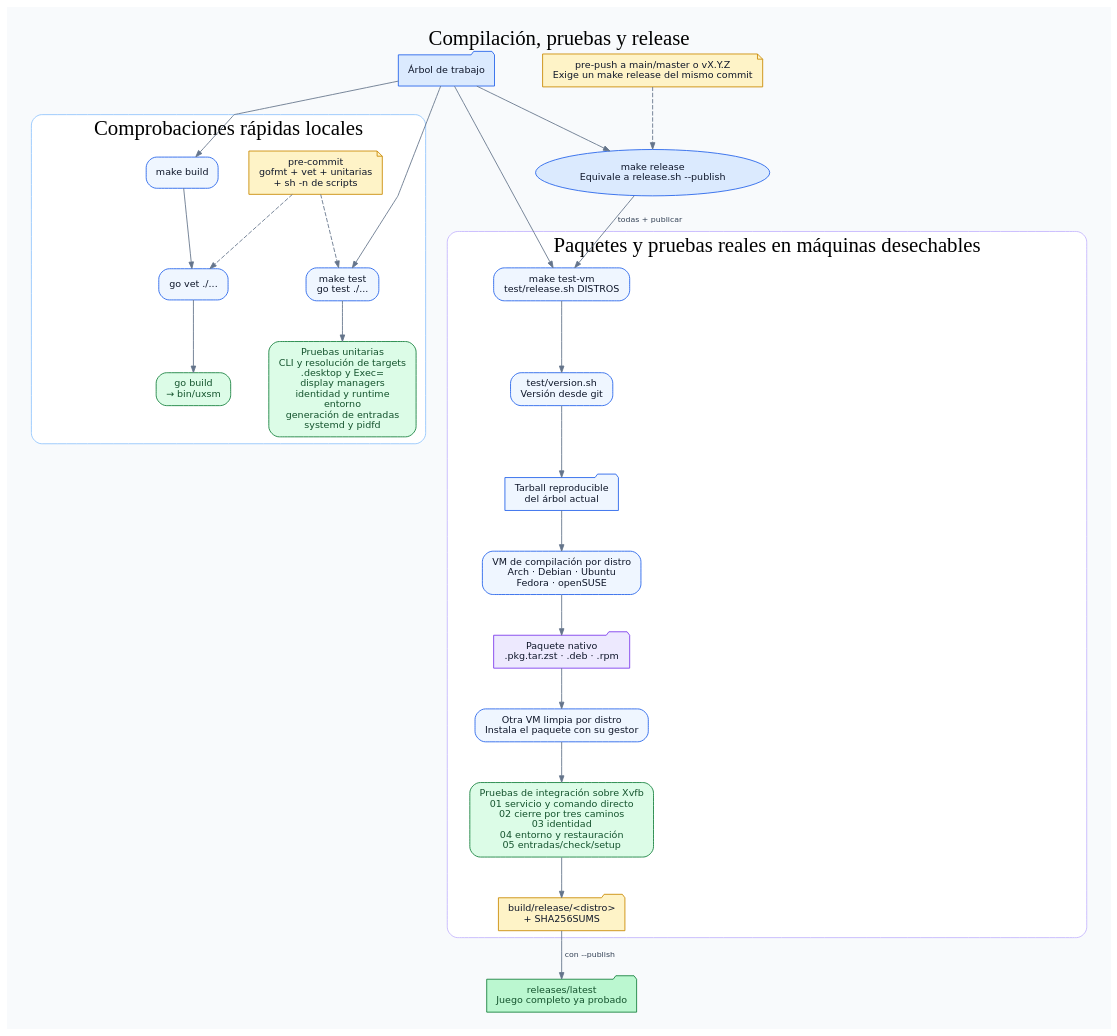
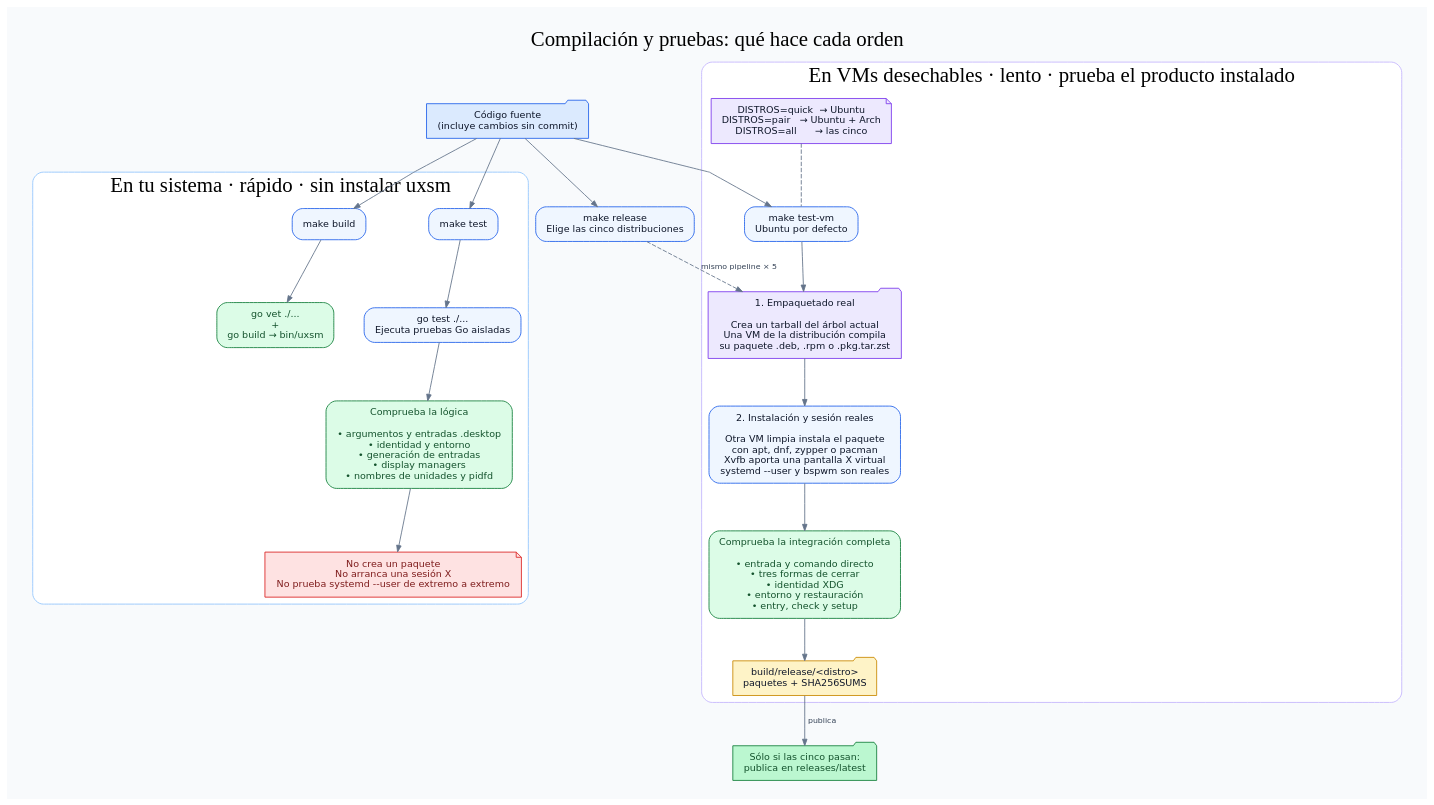
The diagram in docs/flows/build-and-tests.dot (heizeisaburou/uxsm), drawn with Graphviz before and after one commit. The commit also changed 10 other files, not shown here.

First line of the commit message:
Reescribe la documentación de arquitectura y sus diagramas

```diff
--- a/docs/flows/build-and-tests.dot
+++ b/docs/flows/build-and-tests.dot
@@ -1,78 +1,74 @@
 digraph build_tests {
   graph [
-    label="Compilación, pruebas y release",
+    label="Compilación y pruebas: qué hace cada orden",
     labelloc=t,
     fontsize=24,
     fontname="DejaVu Sans Bold",
     bgcolor="#f8fafc",
-    pad=0.28,
+    pad=0.30,
     nodesep=0.48,
-    ranksep=0.62,
+    ranksep=0.66,
     splines=polyline
   ];
   node [shape=box, style="rounded,filled", fontname="DejaVu Sans", fontsize=11,
-        color="#2563eb", fillcolor="#eff6ff", fontcolor="#0f172a", margin="0.15,0.10"];
+        color="#2563eb", fillcolor="#eff6ff", fontcolor="#0f172a", margin="0.16,0.11"];
   edge [fontname="DejaVu Sans", fontsize=9, color="#64748b", fontcolor="#334155", arrowsize=0.75];
 
-  source [shape=folder, fillcolor="#dbeafe", label="Árbol de trabajo"];
+  source [shape=folder, fillcolor="#dbeafe",
+          label="Código fuente\n(incluye cambios sin commit)"];
 
   subgraph cluster_local {
-    label="Comprobaciones rápidas locales";
+    label="En tu sistema · rápido · sin instalar uxsm";
     color="#93c5fd";
     style="rounded,filled";
     fillcolor="#ffffff";
     fontname="DejaVu Sans Bold";
 
+    test [label="make test"];
+    gotest [label="go test ./...\nEjecuta pruebas Go aisladas"];
+    unit_scope [fillcolor="#dcfce7", color="#15803d", fontcolor="#14532d",
+                label="Comprueba la lógica\n\n• argumentos y entradas .desktop\n• identidad y entorno\n• generación de entradas\n• display managers\n• nombres de unidades y pidfd"];
+    unit_limit [shape=note, fillcolor="#fee2e2", color="#dc2626", fontcolor="#7f1d1d",
+                label="No crea un paquete\nNo arranca una sesión X\nNo prueba systemd --user de extremo a extremo"];
+
     build [label="make build"];
-    vet [label="go vet ./..."];
-    gobuild [fillcolor="#dcfce7", color="#15803d", fontcolor="#14532d",
-             label="go build\n→ bin/uxsm"];
-    test [label="make test\ngo test ./..."];
-    units [fillcolor="#dcfce7", color="#15803d", fontcolor="#14532d",
-           label="Pruebas unitarias\nCLI y resolución de targets\n.desktop y Exec=\ndisplay managers\nidentidad y runtime\nentorno\ngeneración de entradas\nsystemd y pidfd"];
-    hook [shape=note, fillcolor="#fef3c7", color="#ca8a04",
-          label="pre-commit\ngofmt + vet + unitarias\n+ sh -n de scripts"];
+    compile [fillcolor="#dcfce7", color="#15803d", fontcolor="#14532d",
+             label="go vet ./...\n+\ngo build → bin/uxsm"];
 
-    build -> vet -> gobuild;
-    test -> units;
-    hook -> vet [style=dashed];
-    hook -> test [style=dashed];
+    test -> gotest -> unit_scope -> unit_limit;
+    build -> compile;
   }
 
   subgraph cluster_vm {
-    label="Paquetes y pruebas reales en máquinas desechables";
+    label="En VMs desechables · lento · prueba el producto instalado";
     color="#c4b5fd";
     style="rounded,filled";
     fillcolor="#ffffff";
     fontname="DejaVu Sans Bold";
 
-    testvm [label="make test-vm\ntest/release.sh DISTROS"];
-    version [label="test/version.sh\nVersión desde git"];
-    tarball [shape=folder, label="Tarball reproducible\ndel árbol actual"];
-    buildvm [label="VM de compilación por distro\nArch · Debian · Ubuntu\nFedora · openSUSE"];
+    testvm [label="make test-vm\nUbuntu por defecto"];
+    choose [shape=note, fillcolor="#ede9fe", color="#7c3aed",
+            label="DISTROS=quick  → Ubuntu\nDISTROS=pair   → Ubuntu + Arch\nDISTROS=all      → las cinco"];
     package [shape=folder, fillcolor="#ede9fe", color="#7c3aed",
-             label="Paquete nativo\n.pkg.tar.zst · .deb · .rpm"];
-    testvmclean [label="Otra VM limpia por distro\nInstala el paquete con su gestor"];
+             label="1. Empaquetado real\n\nCrea un tarball del árbol actual\nUna VM de la distribución compila\nsu paquete .deb, .rpm o .pkg.tar.zst"];
+    real_session [label="2. Instalación y sesión reales\n\nOtra VM limpia instala el paquete\ncon apt, dnf, zypper o pacman\nXvfb aporta una pantalla X virtual\nsystemd --user y bspwm son reales"];
     integration [fillcolor="#dcfce7", color="#15803d", fontcolor="#14532d",
-                 label="Pruebas de integración sobre Xvfb\n01 servicio y comando directo\n02 cierre por tres caminos\n03 identidad\n04 entorno y restauración\n05 entradas/check/setup"];
-    checksums [shape=folder, fillcolor="#fef3c7", color="#ca8a04",
-               label="build/release/<distro>\n+ SHA256SUMS"];
+                 label="Comprueba la integración completa\n\n• entrada y comando directo\n• tres formas de cerrar\n• identidad XDG\n• entorno y restauración\n• entry, check y setup"];
+    artifacts [shape=folder, fillcolor="#fef3c7", color="#ca8a04",
+               label="build/release/<distro>\npaquetes + SHA256SUMS"];
 
-    testvm -> version -> tarball -> buildvm -> package -> testvmclean -> integration -> checksums;
+    testvm -> package -> real_session -> integration -> artifacts;
+    choose -> testvm [style=dashed, arrowhead=none];
   }
 
-  release [shape=oval, fillcolor="#dbeafe", color="#2563eb",
-           label="make release\nEquivale a release.sh --publish"];
+  release [label="make release\nElige las cinco distribuciones"];
   latest [shape=folder, fillcolor="#bbf7d0", color="#15803d", fontcolor="#14532d",
-          label="releases/latest\nJuego completo ya probado"];
-  push [shape=note, fillcolor="#fef3c7", color="#ca8a04",
-        label="pre-push a main/master o vX.Y.Z\nExige un make release del mismo commit"];
+          label="Sólo si las cinco pasan:\npublica en releases/latest"];
 
+  source -> test;
   source -> build;
-  source -> test;
   source -> testvm;
   source -> release;
-  release -> testvm [label=" todas + publicar "];
-  checksums -> latest [label=" con --publish "];
-  push -> release [style=dashed];
+  release -> package [label=" mismo pipeline × 5 ", style=dashed];
+  artifacts -> latest [label=" publica "];
 }
```
